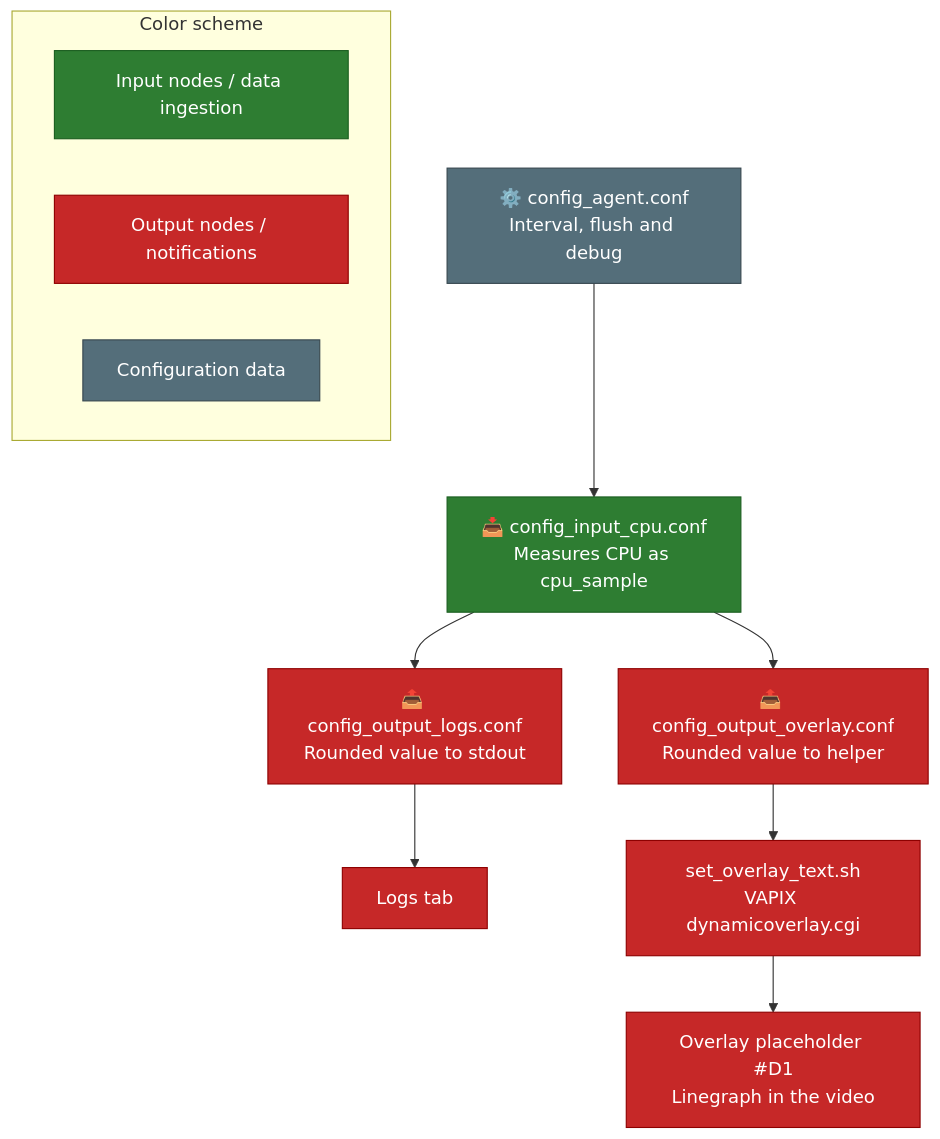
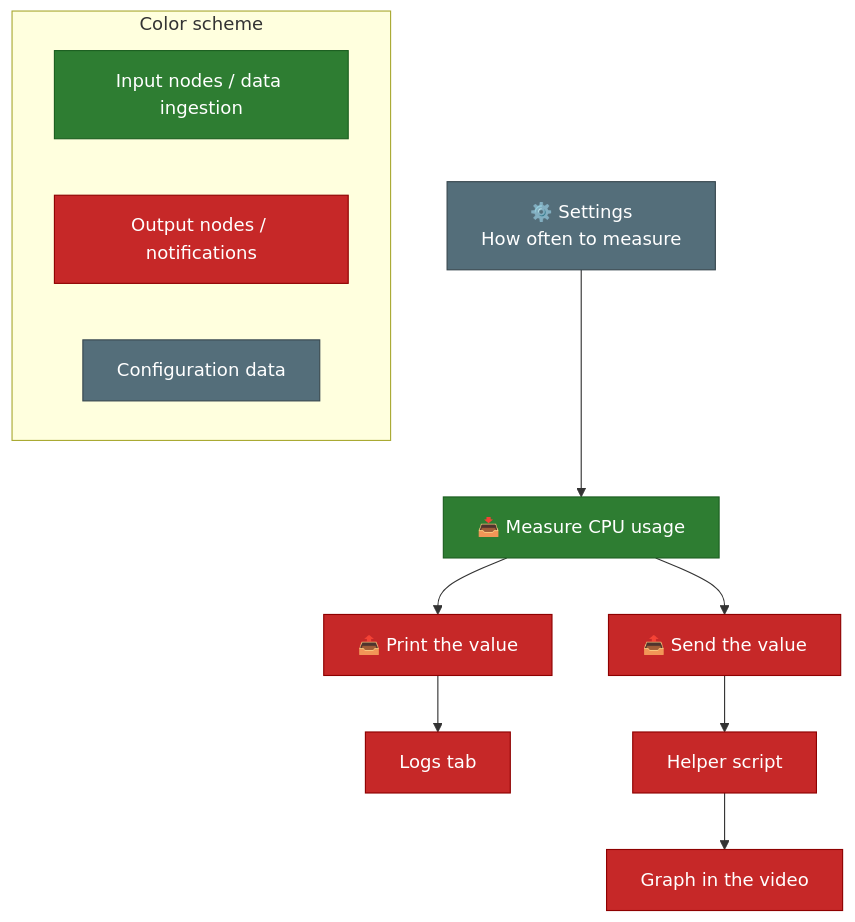
The diagram in project-cpu-to-overlay/README.md (AntiqArch/readme-sandbox), drawn with Mermaid before and after one commit. The commit also changed other lines of this file and 6 other files, not shown here.

````diff
--- a/project-cpu-to-overlay/README.md
+++ b/project-cpu-to-overlay/README.md
@@ -40,26 +51,26 @@
 ```mermaid
 flowchart TD
-    X0["⚙️ config_agent.conf<br/>Interval, flush and debug"] --> A1
+    X0["⚙️ Settings<br/>How often to measure"] --> A1
 
-    A1["📥 config_input_cpu.conf<br/>Measures CPU as cpu_sample"] --> C1
+    A1["📥 Measure CPU usage"] --> C1
     A1 --> C2
 
-    C1["📤 config_output_logs.conf<br/>Rounded value to stdout"] --> D1["Logs tab"]
-    C2["📤 config_output_overlay.conf<br/>Rounded value to helper"] --> S["set_overlay_text.sh<br/>VAPIX dynamicoverlay.cgi"]
-    S --> D2["Overlay placeholder #D1<br/>Linegraph in the video"]
+    C1["📤 Print the value"] --> D1["Logs tab"]
+    C2["📤 Send the value"] --> S["Helper script"]
+    S --> D2["Graph in the video"]
 
     subgraph Legend["Color scheme"]
         direction LR
         L1["Input nodes / data ingestion"]
         L2["Output nodes / notifications"]
         L3["Configuration data"]
     end
 
     classDef config fill:#546e7a,stroke:#37474f,color:#ffffff
     classDef input fill:#2e7d32,stroke:#1b5e20,color:#ffffff
     classDef output fill:#c62828,stroke:#8e0000,color:#ffffff
 
     class X0,L3 config
     class A1,L1 input
     class C1,C2,S,D1,D2,L2 output
 ```
````
